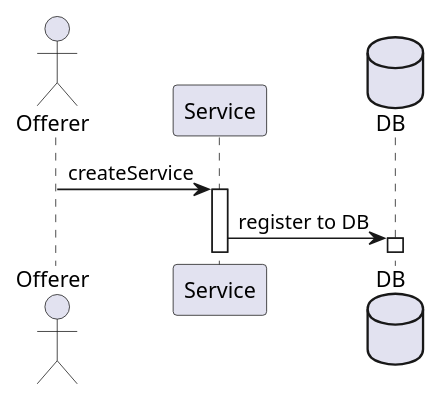
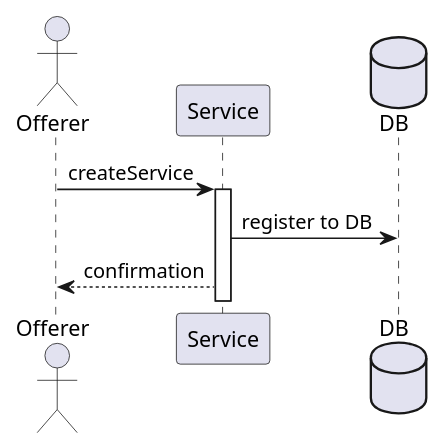
One commit to ZDenizYStenhaug/swe573-Project changed the diagram in sequenceDiagramCreatingService.puml. Above: the diagram before and after it, drawn with PlantUML. The commit also changed 1 other file, not shown here.

Commit message:
add sequence diagrams

```diff
--- a/sequenceDiagramCreatingService.puml
+++ b/sequenceDiagramCreatingService.puml
@@ -1,17 +1,18 @@
 @startuml
 
 
 actor Offerer
 participant Service
 database DB
 
 Offerer -> Service: createService
 activate Service
 
 Service -> DB: register to DB
-activate DB
+
+Service --> Offerer : confirmation
 
 
 
 
 @enduml
```
